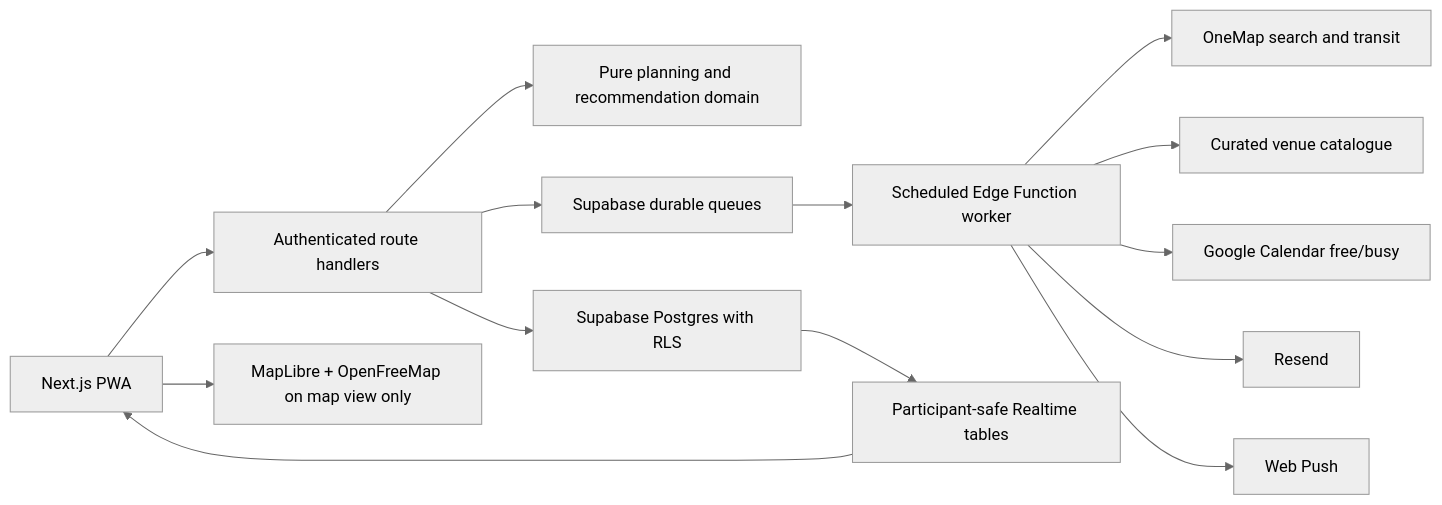
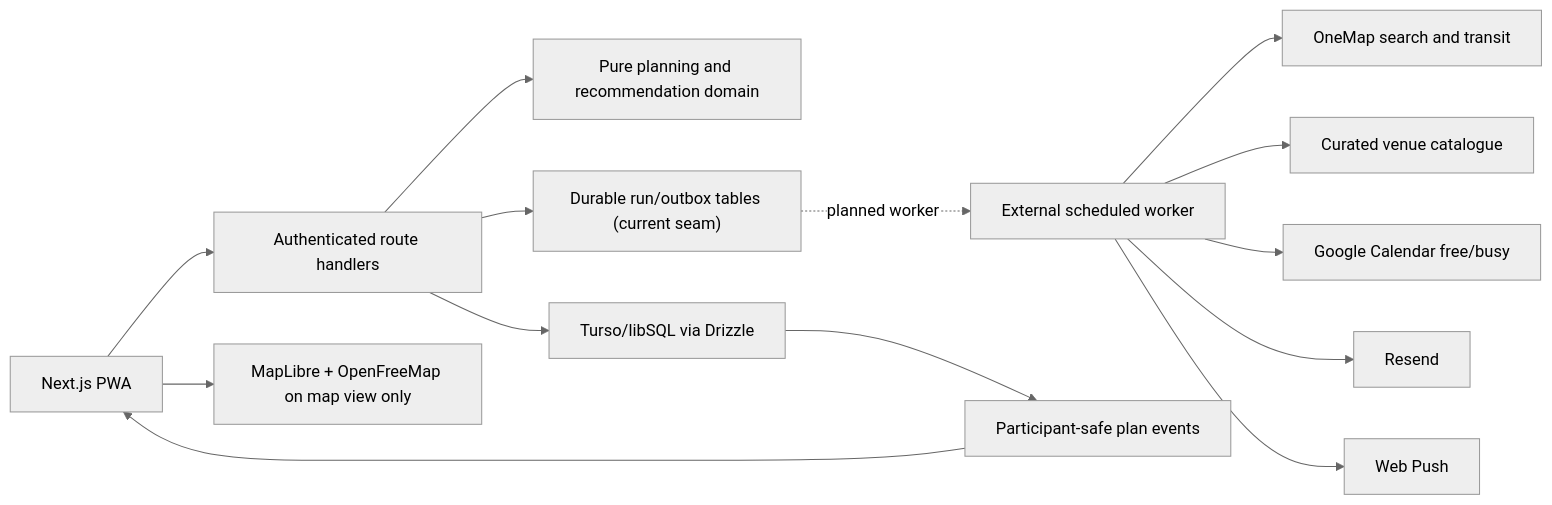
The first of 2 diagrams in ARCH_BLUEPRINT.md (MethaneIntoxic/hangtime), drawn with Mermaid (neutral theme) before and after one commit. The commit also changed other lines of this file and 20 other files, not shown here.

````diff
--- a/ARCH_BLUEPRINT.md
+++ b/ARCH_BLUEPRINT.md
@@ -191,16 +191,16 @@
 ```mermaid
 flowchart LR
   PWA["Next.js PWA"] --> API["Authenticated route handlers"]
   API --> DOMAIN["Pure planning and recommendation domain"]
-  API --> DB["Supabase Postgres with RLS"]
-  API --> QUEUE["Supabase durable queues"]
-  QUEUE --> WORKER["Scheduled Edge Function worker"]
+  API --> DB["Turso/libSQL via Drizzle"]
+  API --> QUEUE["Durable run/outbox tables (current seam)"]
+  QUEUE -. planned worker .-> WORKER["External scheduled worker"]
   WORKER --> ONEMAP["OneMap search and transit"]
   WORKER --> VENUES["Curated venue catalogue"]
   WORKER --> CAL["Google Calendar free/busy"]
   WORKER --> EMAIL["Resend"]
   WORKER --> PUSH["Web Push"]
-  DB --> RT["Participant-safe Realtime tables"]
-  RT --> PWA
+  DB --> EVENTS["Participant-safe plan events"]
+  EVENTS --> PWA
   PWA --> MAP["MapLibre + OpenFreeMap on map view only"]
 ```
````
